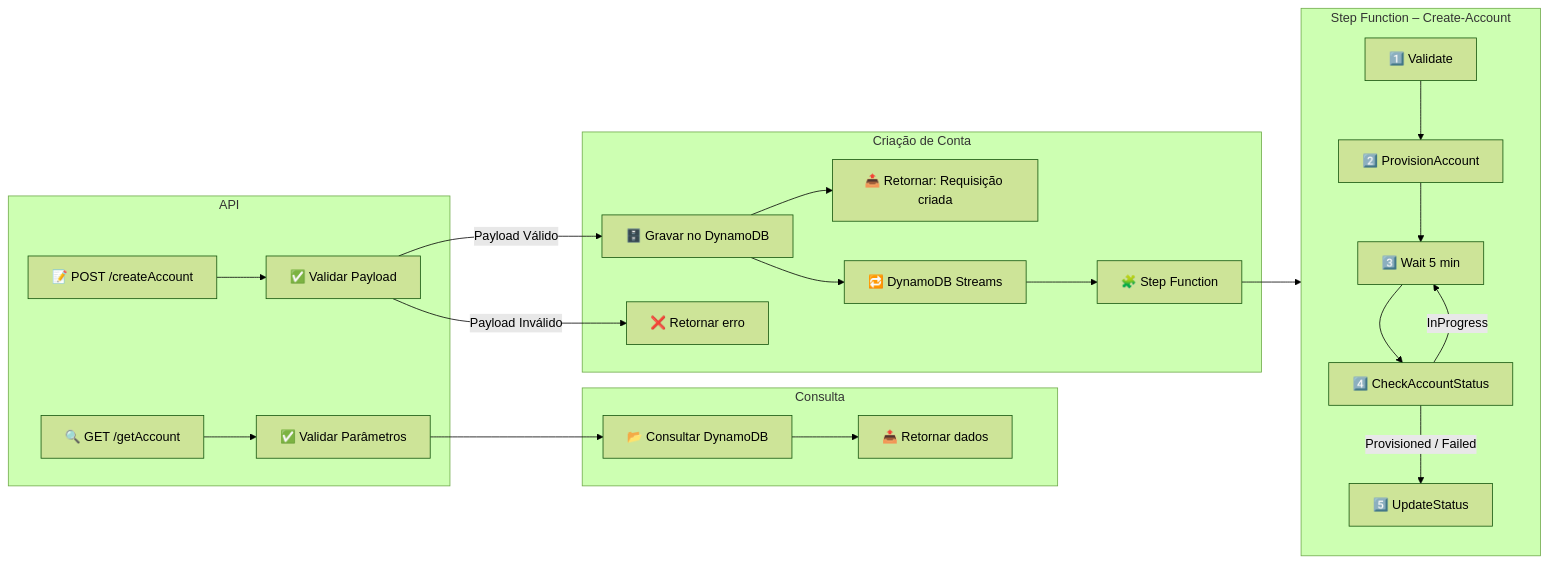
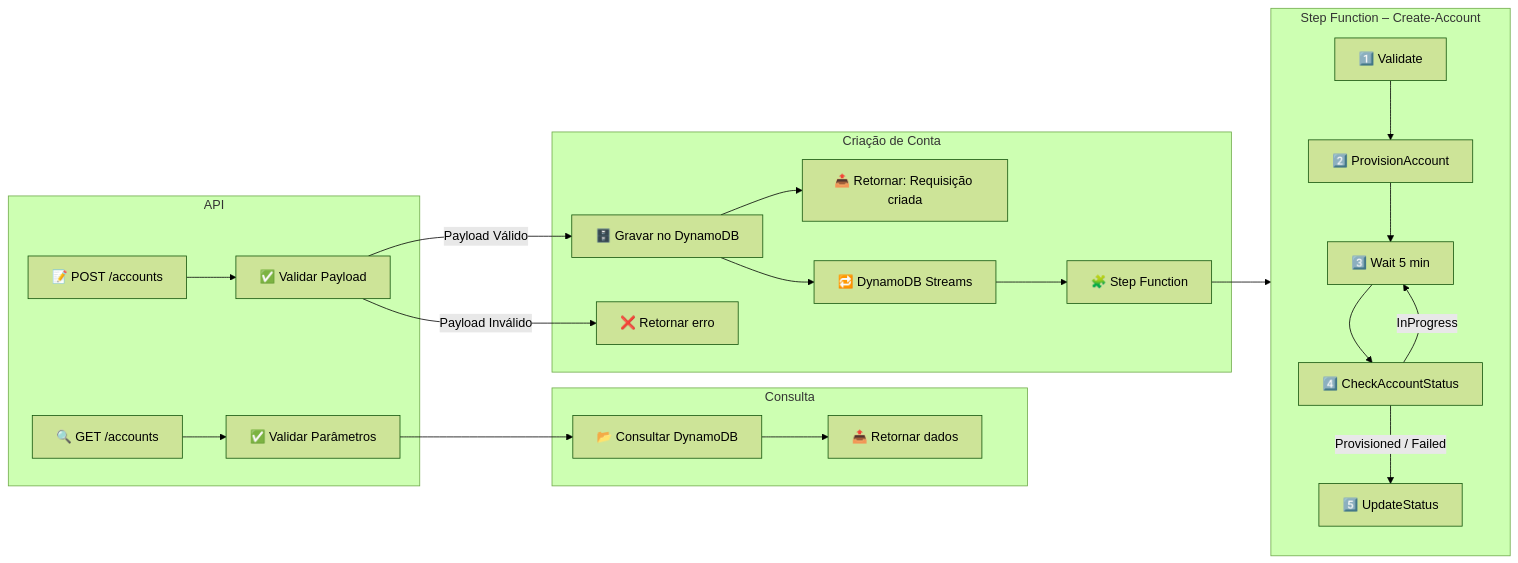
Before and after one commit to DavidFerreira21/api-account-factory: the diagram in README.md, drawn with Mermaid (forest theme). The commit also changed other lines of this file and 16 other files, not shown here.

````diff
--- a/README.md
+++ b/README.md
@@ -15,31 +91,31 @@
 ```mermaid
 flowchart LR
 
 subgraph API[API]
-    getAccount[🔍 GET /getAccount] --> validaParametros[✅ Validar Parâmetros]
-    createAccount[📝 POST /createAccount] --> validaPayload[✅ Validar Payload]
+    getAccount[🔍 GET /accounts] --> validaParametros[✅ Validar Parâmetros]
+    createAccount[📝 POST /accounts] --> validaPayload[✅ Validar Payload]
 end
 
 subgraph Consulta[Consulta]
     validaParametros --> consultaDynamo[📂 Consultar DynamoDB]
     consultaDynamo --> retornaDados[📤 Retornar dados]
 end
 
 subgraph Criação[Criação de Conta]
     validaPayload -->|Payload Válido| gravaDynamo[🗄️ Gravar no DynamoDB]
     validaPayload -->|Payload Inválido| retornoErro[❌ Retornar erro]
     gravaDynamo --> requisicaoCriada[📤 Retornar: Requisição criada]
     gravaDynamo --> streamDynamo[🔁 DynamoDB Streams]
     streamDynamo --> stepFunction[🧩 Step Function]
 end
 
 subgraph StepFunction[Step Function – Create-Account]
     stepValidate[1️⃣ Validate] --> stepProvision[2️⃣ ProvisionAccount]
     stepProvision --> wait5[3️⃣ Wait 5 min]
     wait5 --> stepCheck[4️⃣ CheckAccountStatus]
     stepCheck -->|InProgress| wait5
     stepCheck -->|Provisioned / Failed| stepUpdate[5️⃣ UpdateStatus]
 end
 
 stepFunction --> StepFunction
 ```
````
